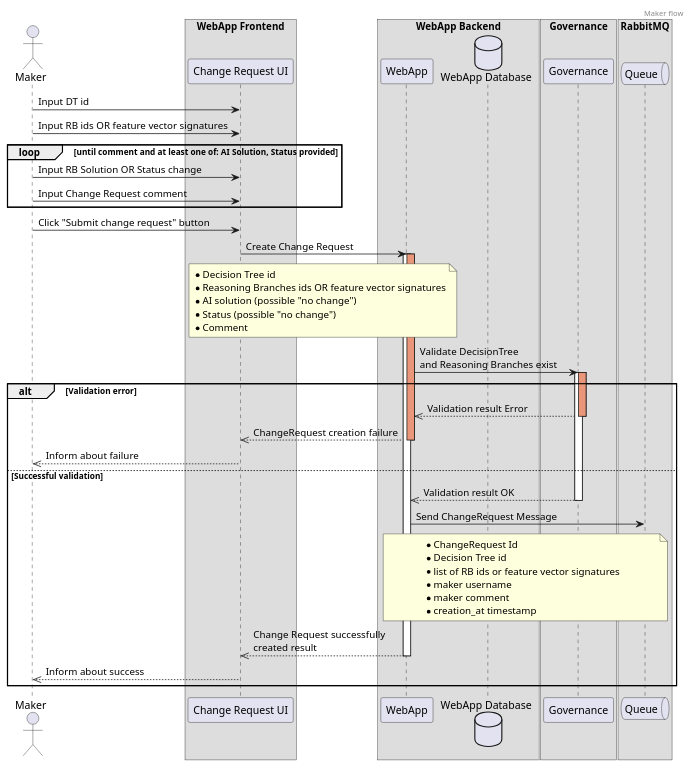
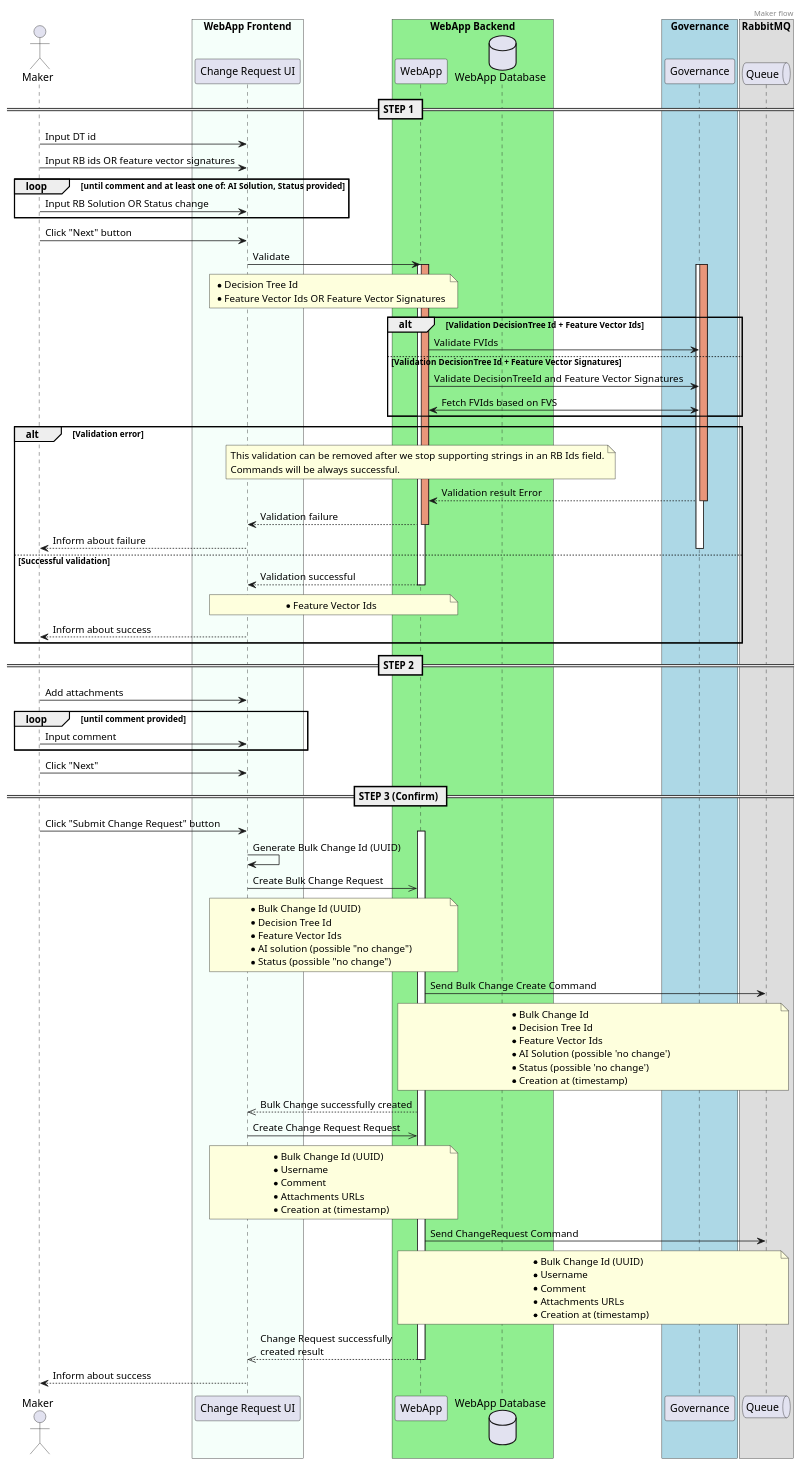
One commit to ngraczykowski/iris-root changed the diagram in modules/webapp/sens-webapp-documentation/src/docs/asciidoc/adrs/diagrams/maker-creates-change-request-queue.puml. Above: the diagram before and after it, drawn with PlantUML. The commit also changed 6 other files, not shown here.

```diff
--- a/modules/webapp/sens-webapp-documentation/src/docs/asciidoc/adrs/diagrams/maker-creates-change-request-queue.puml
+++ b/modules/webapp/sens-webapp-documentation/src/docs/asciidoc/adrs/diagrams/maker-creates-change-request-queue.puml
@@ -1,81 +1,135 @@
 @startuml
 header Maker flow
 
 actor Maker order 10
 
-box "WebApp Frontend"
+box "WebApp Frontend" #MintCream
     participant Frontend as "Change Request UI" order 20
 end box
 
-box "WebApp Backend"
+box "WebApp Backend" #LightGreen
     participant Backend as "WebApp" order 30
     database WebAppDB as "WebApp Database" order 40
+end box
+
+box "Governance" #LightBlue
+    participant Governance as "Governance" order 45
 end box
 
 box "RabbitMQ"
     queue Queue order 50
 end box
 
-box "Governance"
-    participant Governance as "Governance" order 45
-end box
+== STEP 1 ==
 
 Maker -> Frontend : Input DT id
 Maker -> Frontend : Input RB ids OR feature vector signatures
 
 loop until comment and at least one of: AI Solution, Status provided
    Maker -> Frontend : Input RB Solution OR Status change
-   Maker -> Frontend : Input Change Request comment
 end
 
-Maker -> Frontend: Click "Submit change request" button
+Maker -> Frontend: Click "Next" button
 
-Frontend -> Backend: Create Change Request
-note over Frontend, Backend
-    * Decision Tree id
-    * Reasoning Branches ids OR feature vector signatures
-    * AI solution (possible "no change")
-    * Status (possible "no change")
-    * Comment
-end note
+Frontend -> Backend: Validate
+                note over Frontend, Backend
+                    * Decision Tree Id
+                    * Feature Vector Ids OR Feature Vector Signatures
+                end note
 
 activate Backend
 activate Backend #DarkSalmon
 
-Backend -> Governance : Validate DecisionTree \nand Reasoning Branches exist
-
 activate Governance
 activate Governance #DarkSalmon
 
-alt Validation error
-    Governance -->> Backend : Validation result Error
-    deactivate Governance
-
-    Backend -->> Frontend: ChangeRequest creation failure
-    deactivate Backend
-
-    Frontend -->> Maker : Inform about failure
-
-else Successful validation
-
-    Governance -->> Backend: Validation result OK
-    deactivate Governance
-
-    Backend -> Queue : Send ChangeRequest Message
-    note over Backend, Queue
-        * ChangeRequest Id
-        * Decision Tree id
-        * list of RB ids or feature vector signatures
-        * maker username
-        * maker comment
-        * creation_at timestamp
-    end note
-
-    Backend -->> Frontend: Change Request successfully \ncreated result
-    deactivate Backend
-
-    Frontend -->> Maker : Inform about success
-
+alt Validation DecisionTree Id + Feature Vector Ids
+    Backend -> Governance : Validate FVIds
+else Validation DecisionTree Id + Feature Vector Signatures
+    Backend -> Governance : Validate DecisionTreeId and Feature Vector Signatures
+    Backend <-> Governance : Fetch FVIds based on FVS
 end
 
+alt Validation error
+        note over Backend
+            This validation can be removed after we stop supporting strings in an RB Ids field.
+            Commands will be always successful.
+        end note
+    Governance --> Backend : Validation result Error
+    deactivate Governance
+    Backend --> Frontend: Validation failure
+    deactivate Backend
+    Frontend --> Maker : Inform about failure
+else Successful validation
+    deactivate Governance
+    Backend --> Frontend: Validation successful
+        note over Backend, Frontend
+            * Feature Vector Ids
+        end note
+    deactivate Backend
+    Frontend --> Maker : Inform about success
+end
+
+== STEP 2 ==
+
+Maker -> Frontend : Add attachments
+loop until comment provided
+   Maker -> Frontend : Input comment
+end
+
+Maker -> Frontend: Click "Next"
+
+== STEP 3 (Confirm) ==
+
+Maker -> Frontend: Click "Submit Change Request" button
+
+activate Backend
+Frontend -> Frontend : Generate Bulk Change Id (UUID)
+Frontend ->> Backend : Create Bulk Change Request
+
+        note over Frontend, Backend
+            * Bulk Change Id (UUID)
+            * Decision Tree Id
+            * Feature Vector Ids
+            * AI solution (possible "no change")
+            * Status (possible "no change")
+        end note
+
+Backend -> Queue : Send Bulk Change Create Command
+        note over Backend, Queue
+            * Bulk Change Id
+            * Decision Tree Id
+            * Feature Vector Ids
+            * AI Solution (possible 'no change')
+            * Status (possible 'no change')
+            * Creation at (timestamp)
+        end note
+
+Backend -->> Frontend: Bulk Change successfully created
+Frontend ->> Backend : Create Change Request Request
+
+        note over Frontend, Backend
+            * Bulk Change Id (UUID)
+            * Username
+            * Comment
+            * Attachments URLs
+            * Creation at (timestamp)
+        end note
+
+Backend -> Queue : Send ChangeRequest Command
+
+        note over Backend, Queue
+            * Bulk Change Id (UUID)
+            * Username
+            * Comment
+            * Attachments URLs
+            * Creation at (timestamp)
+        end note
+
+Backend -->> Frontend: Change Request successfully \ncreated result
+
+deactivate Backend
+
+Frontend --> Maker : Inform about success
+
 @enduml
```
